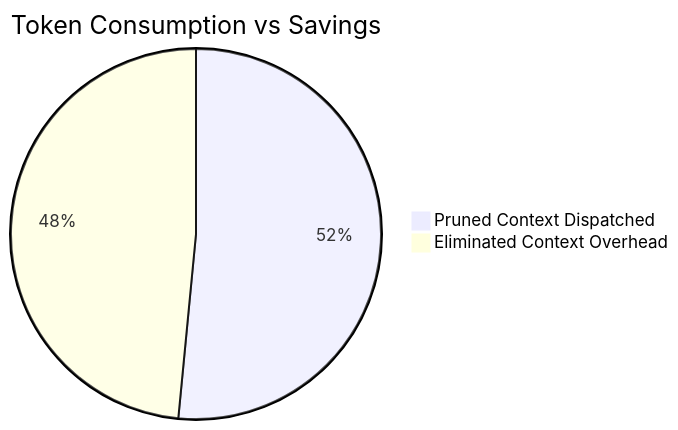
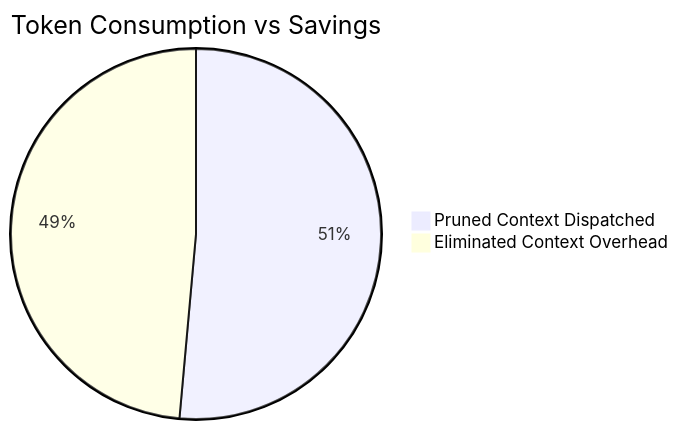
One commit to lakhwindersingh/nb_fairyfly changed the diagram in workplace/docs/reports/token_savings_report.md. Above: the diagram before and after it, drawn with Mermaid. The commit also changed other lines of this file and 30 other files, not shown here.

````diff
--- a/workplace/docs/reports/token_savings_report.md
+++ b/workplace/docs/reports/token_savings_report.md
@@ -26,5 +26,5 @@
 ```mermaid
 pie title Token Consumption vs Savings
-    "Pruned Context Dispatched" : 28814319
-    "Eliminated Context Overhead" : 27110098
+    "Pruned Context Dispatched" : 29233561
+    "Eliminated Context Overhead" : 27613680
 ```
````
